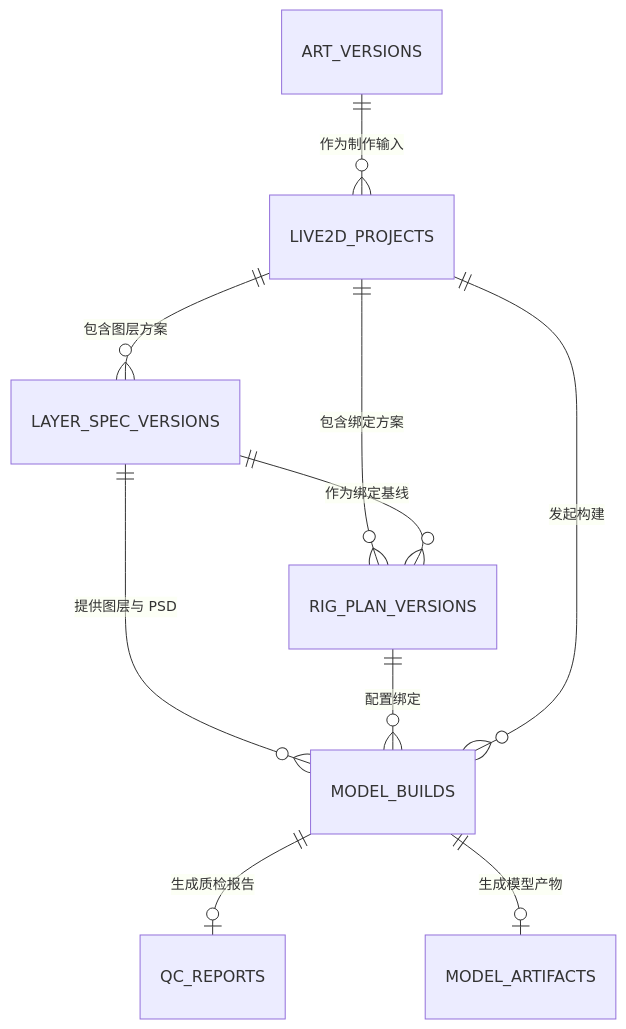
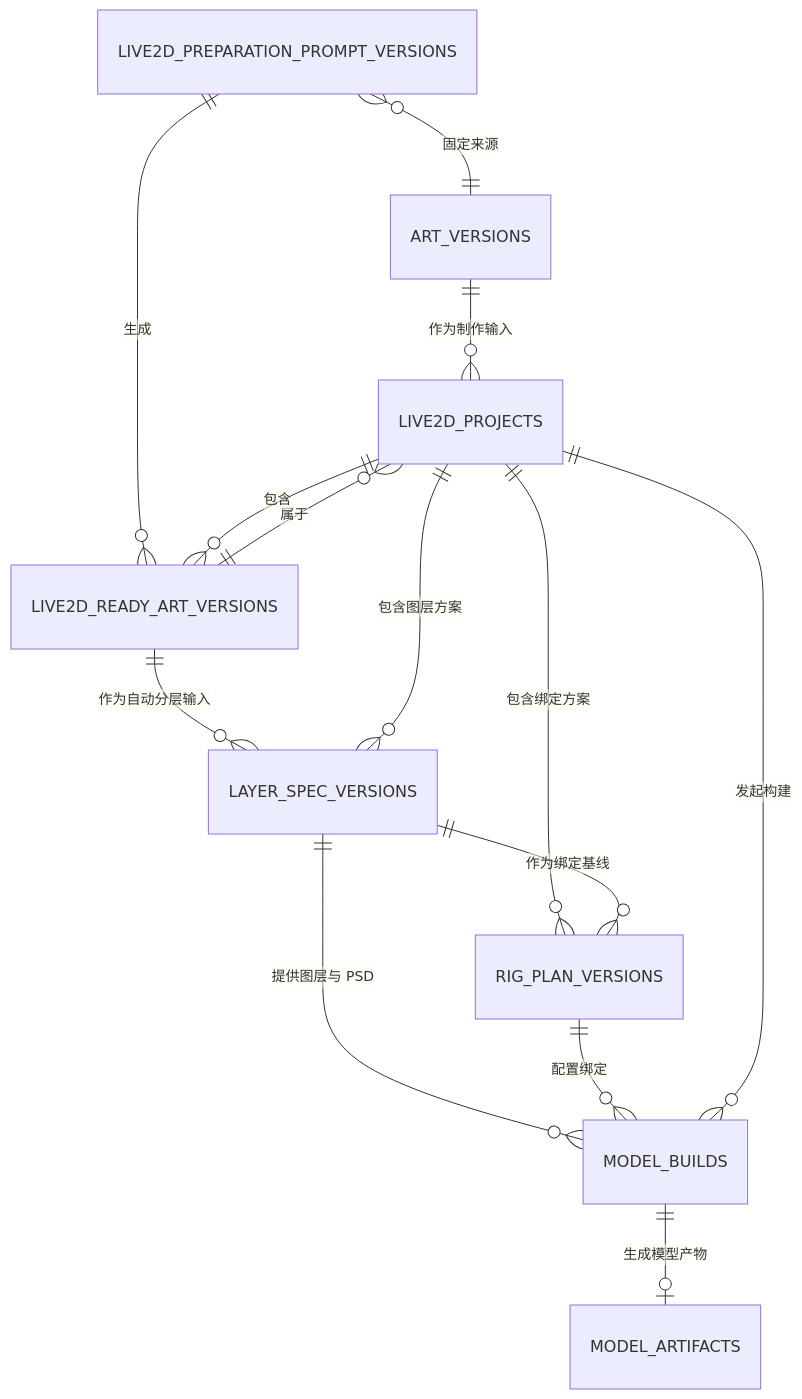
The third of 5 diagrams in docs/architecture/2026-11-08-data-model.md (fupingyezi/agent2live), drawn with Mermaid before and after one commit. The commit also changed other lines of this file and 11 other files, not shown here.

Commit message:
docs: update live2D workbench architecture

````diff
--- a/docs/architecture/2026-11-08-data-model.md
+++ b/docs/architecture/2026-11-08-data-model.md
@@ -127,12 +130,16 @@
 ```mermaid
 erDiagram
   ART_VERSIONS ||--o{ LIVE2D_PROJECTS : "作为制作输入"
+  LIVE2D_PREPARATION_PROMPT_VERSIONS }o--|| ART_VERSIONS : "固定来源"
+  LIVE2D_PREPARATION_PROMPT_VERSIONS ||--o{ LIVE2D_READY_ART_VERSIONS : "生成"
+  LIVE2D_READY_ART_VERSIONS ||--o{ LIVE2D_PROJECTS : "属于"
+  LIVE2D_READY_ART_VERSIONS ||--o{ LAYER_SPEC_VERSIONS : "作为自动分层输入"
+  LIVE2D_PROJECTS ||--o{ LIVE2D_READY_ART_VERSIONS : "包含"
   LIVE2D_PROJECTS ||--o{ LAYER_SPEC_VERSIONS : "包含图层方案"
   LIVE2D_PROJECTS ||--o{ RIG_PLAN_VERSIONS : "包含绑定方案"
   LAYER_SPEC_VERSIONS ||--o{ RIG_PLAN_VERSIONS : "作为绑定基线"
   LAYER_SPEC_VERSIONS ||--o{ MODEL_BUILDS : "提供图层与 PSD"
   RIG_PLAN_VERSIONS ||--o{ MODEL_BUILDS : "配置绑定"
   LIVE2D_PROJECTS ||--o{ MODEL_BUILDS : "发起构建"
-  MODEL_BUILDS ||--o| QC_REPORTS : "生成质检报告"
   MODEL_BUILDS ||--o| MODEL_ARTIFACTS : "生成模型产物"
 ```
````
